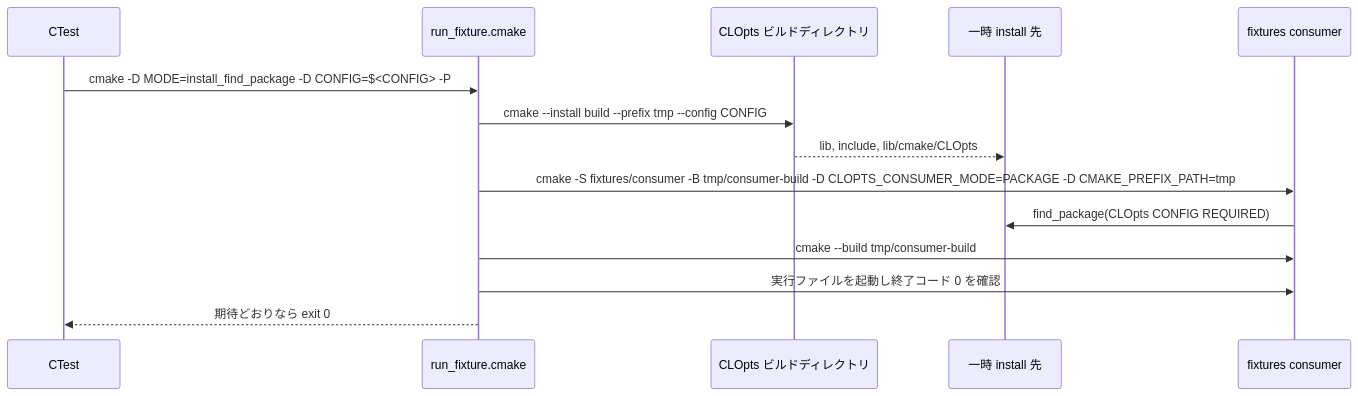
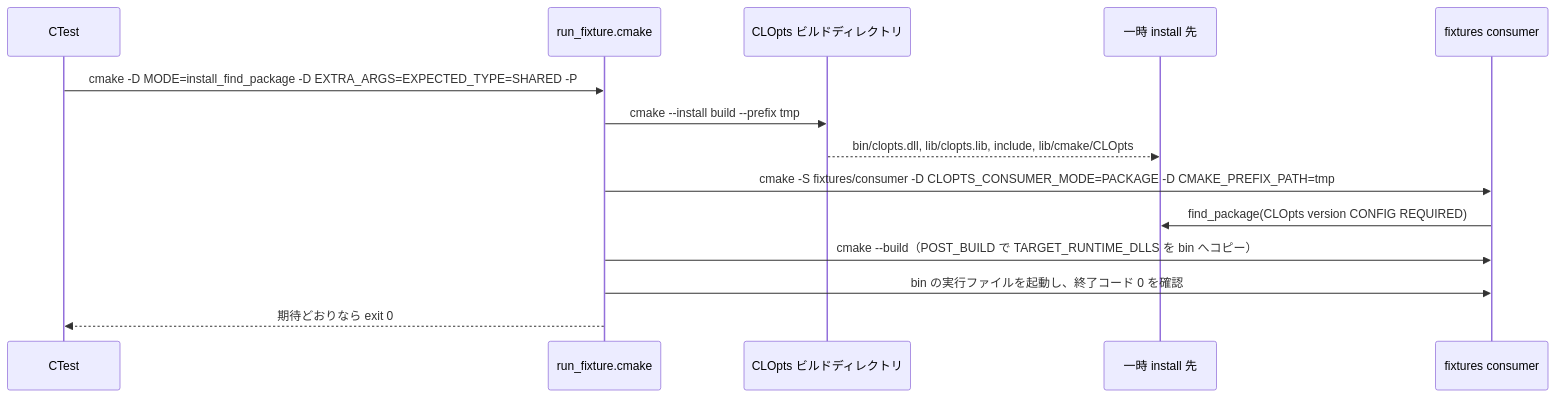
One commit to ktdevx/clopts-private changed the fourth of 4 diagrams in .kiro/specs/project-foundation/design.md. Above: the diagram before and after it, drawn with Mermaid. The commit also changed other lines of this file and 2 other files, not shown here.

````diff
--- a/.kiro/specs/project-foundation/design.md
+++ b/.kiro/specs/project-foundation/design.md
@@ -210,17 +345,17 @@
 ```mermaid
 sequenceDiagram
     participant CTest
     participant Script as run_fixture.cmake
     participant Build as CLOpts ビルドディレクトリ
     participant Prefix as 一時 install 先
     participant Consumer as fixtures consumer
 
-    CTest->>Script: cmake -D MODE=install_find_package -D CONFIG=$<CONFIG> -P
-    Script->>Build: cmake --install build --prefix tmp --config CONFIG
-    Build-->>Prefix: lib, include, lib/cmake/CLOpts
-    Script->>Consumer: cmake -S fixtures/consumer -B tmp/consumer-build -D CLOPTS_CONSUMER_MODE=PACKAGE -D CMAKE_PREFIX_PATH=tmp
-    Consumer->>Prefix: find_package(CLOpts CONFIG REQUIRED)
-    Script->>Consumer: cmake --build tmp/consumer-build
-    Script->>Consumer: 実行ファイルを起動し終了コード 0 を確認
+    CTest->>Script: cmake -D MODE=install_find_package -D EXTRA_ARGS=EXPECTED_TYPE=SHARED -P
+    Script->>Build: cmake --install build --prefix tmp
+    Build-->>Prefix: bin/clopts.dll, lib/clopts.lib, include, lib/cmake/CLOpts
+    Script->>Consumer: cmake -S fixtures/consumer -D CLOPTS_CONSUMER_MODE=PACKAGE -D CMAKE_PREFIX_PATH=tmp
+    Consumer->>Prefix: find_package(CLOpts version CONFIG REQUIRED)
+    Script->>Consumer: cmake --build（POST_BUILD で TARGET_RUNTIME_DLLS を bin へコピー）
+    Script->>Consumer: bin の実行ファイルを起動し、終了コード 0 を確認
     Script-->>CTest: 期待どおりなら exit 0
 ```
````
